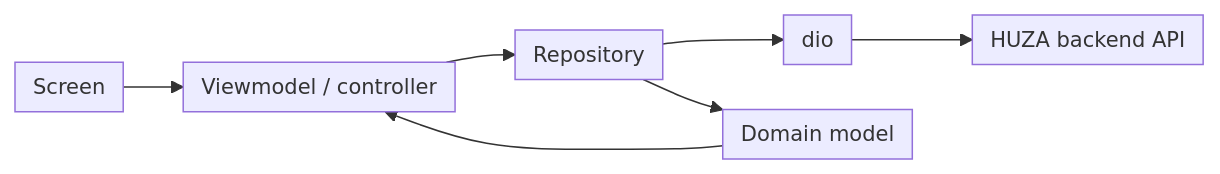
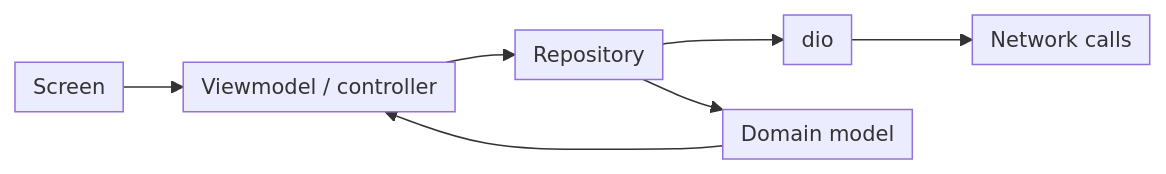
Before and after one commit to akirachix/athena-technical-documentation: the diagram in docs/frontend/mobile-app.md, drawn with Mermaid. The commit also changed other lines of this file and 26 other files, not shown here.

````diff
--- a/docs/frontend/mobile-app.md
+++ b/docs/frontend/mobile-app.md
@@ -58,10 +56,10 @@
 ```mermaid
 %%{init: {"flowchart": {"padding": 6, "nodeSpacing": 30, "rankSpacing": 40}, "themeVariables": {"fontSize": "14px"}}}%%
 flowchart LR
     Screen[Screen] --> VM[Viewmodel / controller]
     VM --> Repo[Repository]
     Repo --> Dio[dio]
-    Dio --> API[HUZA backend API]
+    Dio --> Net[Network calls]
     Repo --> Model[Domain model]
     Model --> VM
 ```
````
